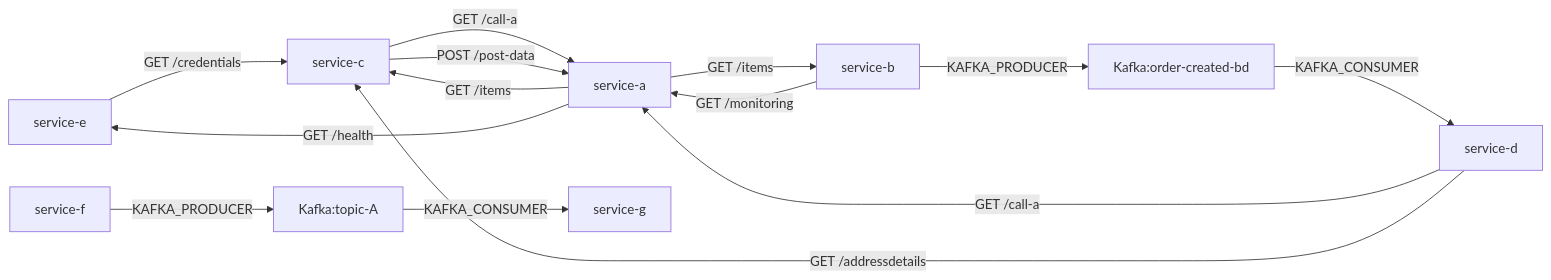
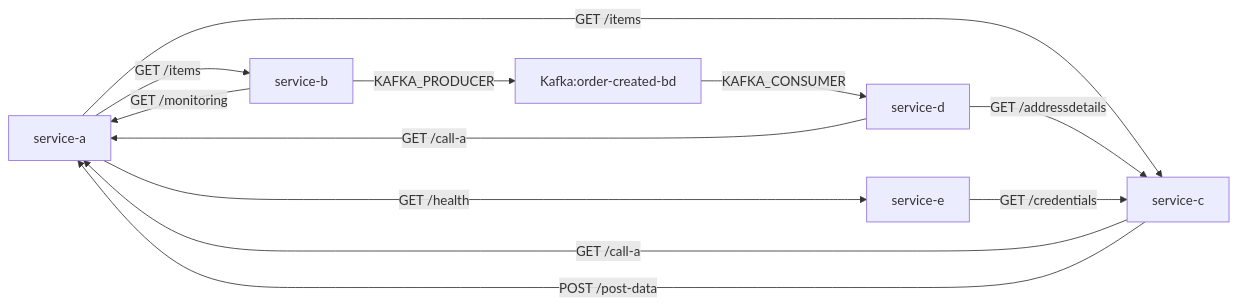
The diagram in output/deps.md (lokesh0507/First_project), drawn with Mermaid before and after one commit. The commit also changed 5 other files, not shown here.

````diff
--- a/output/deps.md
+++ b/output/deps.md
@@ -1,16 +1,14 @@
 ```mermaid
 graph LR
-  service-e -->|GET /credentials| service-c
+  service-a -->|GET /items| service-b
+  service-a -->|GET /items| service-c
+  service-a -->|GET /health| service-e
+  service-b -->|GET /monitoring| service-a
+  service-b -->|KAFKA_PRODUCER| Kafka:order-created-bd
+  service-c -->|GET /call-a| service-a
+  service-c -->|POST /post-data| service-a
   service-d -->|GET /call-a| service-a
   service-d -->|GET /addressdetails| service-c
   Kafka:order-created-bd -->|KAFKA_CONSUMER| service-d
-  service-a -->|GET /items| service-b
-  service-a -->|GET /items| service-c
-  service-a -->|GET /health| service-e
-  service-c -->|GET /call-a| service-a
-  service-c -->|POST /post-data| service-a
-  service-b -->|GET /monitoring| service-a
-  service-b -->|KAFKA_PRODUCER| Kafka:order-created-bd
-  Kafka:topic-A -->|KAFKA_CONSUMER| service-g
-  service-f -->|KAFKA_PRODUCER| Kafka:topic-A
+  service-e -->|GET /credentials| service-c
 ```
````
